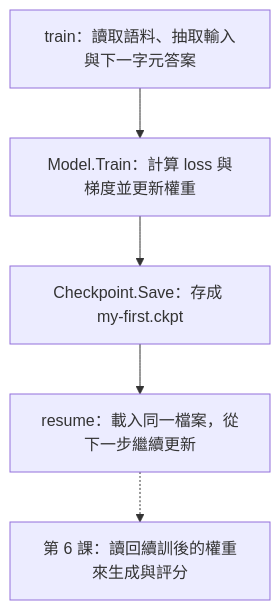
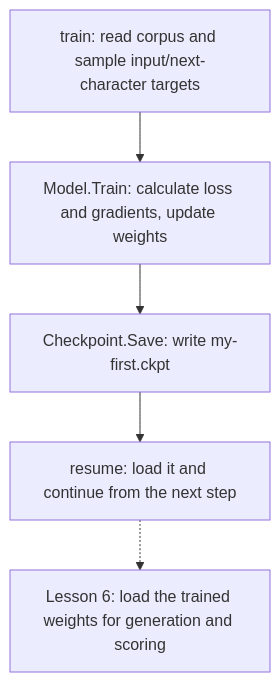
One commit to tingwei628/my-gpt changed the fourth of 5 diagrams in lessons/my-gpt/README.md. Above: the diagram before and after it, drawn with Mermaid. The commit also changed other lines of this file and 12 other files, not shown here.

````diff
--- a/lessons/my-gpt/README.md
+++ b/lessons/my-gpt/README.md
@@ -79,7 +77,7 @@
 ```mermaid
 flowchart TD
-    A["train：讀取語料、抽取輸入與下一字元答案"] --> B["Model.Train：計算 loss 與梯度並更新權重"]
-    B --> C["Checkpoint.Save：存成 my-first.ckpt"]
-    C --> D["resume：載入同一檔案，從下一步繼續更新"]
-    D -.-> E["第 6 課：讀回續訓後的權重來生成與評分"]
+    A["train: read corpus and sample input/next-character targets"] --> B["Model.Train: calculate loss and gradients, update weights"]
+    B --> C["Checkpoint.Save: write my-first.ckpt"]
+    C --> D["resume: load it and continue from the next step"]
+    D -.-> E["Lesson 6: load the trained weights for generation and scoring"]
 ```
````
